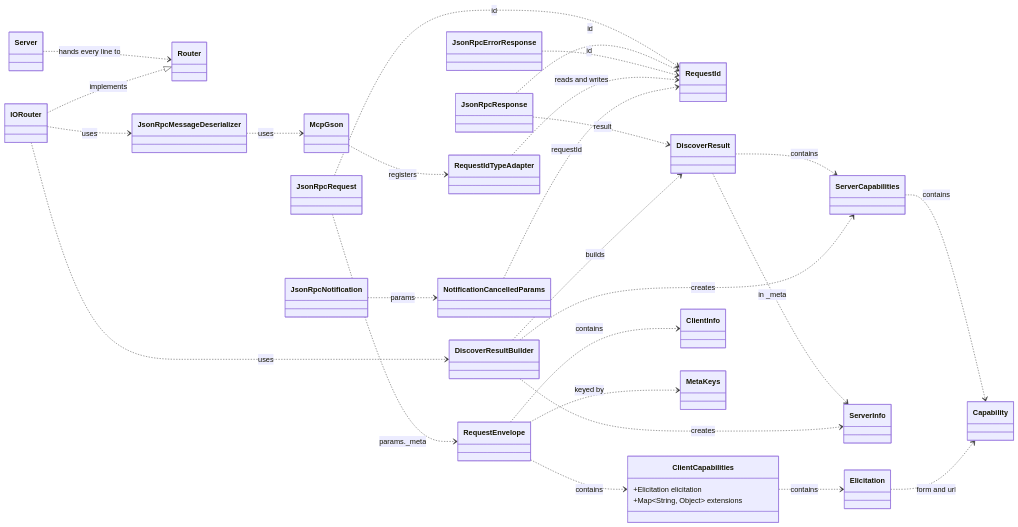
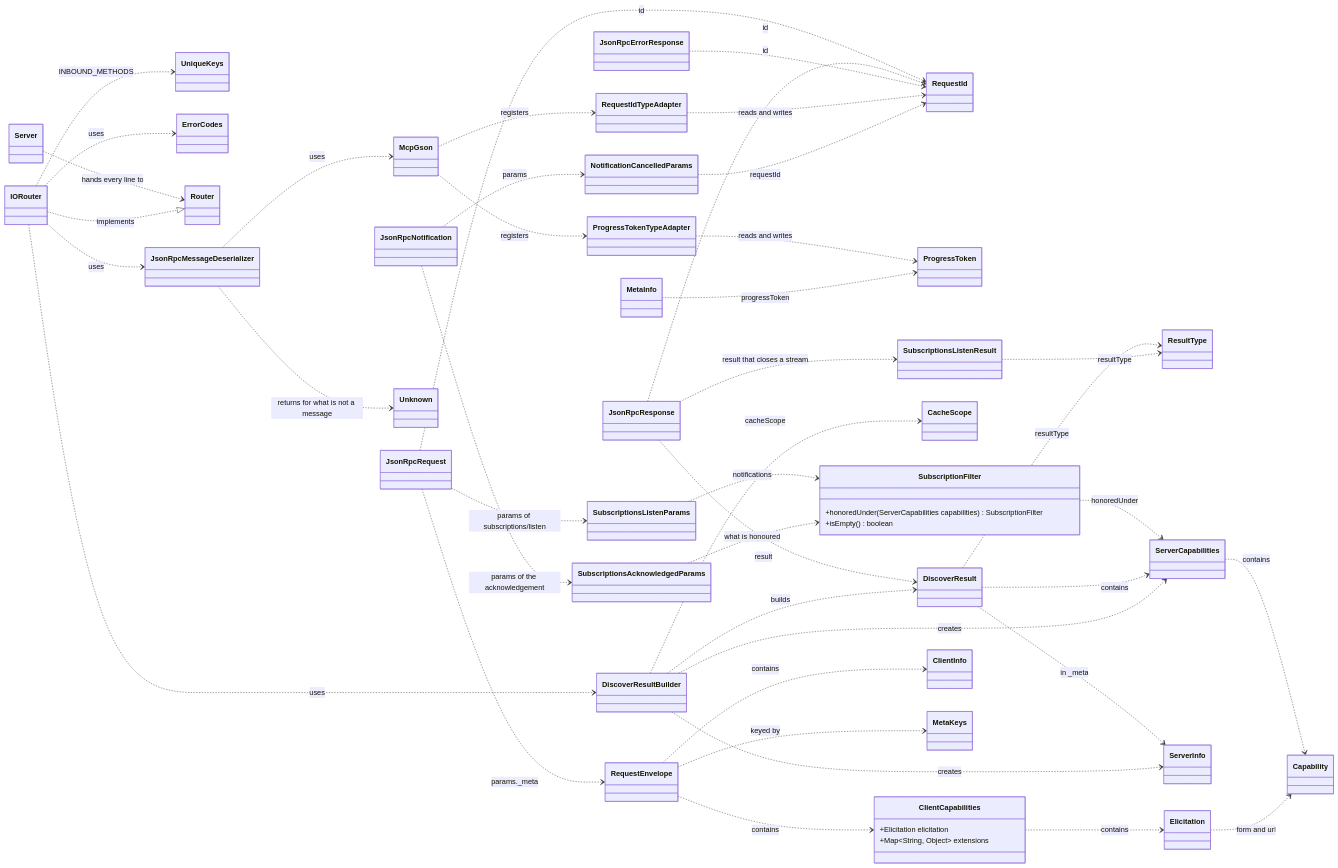
The diagram in lessons/03-class-diagram.md (David-Parry/agent-mcp-workshop), drawn with Mermaid before and after one commit. The commit also changed other lines of this file and 31 other files, not shown here.

```diff
--- a/lessons/03-class-diagram.md
+++ b/lessons/03-class-diagram.md
@@ -9,16 +11,31 @@
     class JsonRpcResponse
     class JsonRpcNotification
     class JsonRpcErrorResponse
+    class Unknown
 
-    %% Identity — an id is a string or a number
+    %% Identity — an id or a progress token is a string or a number
     class RequestId
     class RequestIdTypeAdapter
+    class ProgressToken
+    class ProgressTokenTypeAdapter
     class McpGson
 
     %% Core Protocol Classes
     class DiscoverResult
     class RequestEnvelope
     class NotificationCancelledParams
+    class MetaInfo
+    class ResultType
+    class CacheScope
+
+    %% Subscriptions
+    class SubscriptionsListenParams
+    class SubscriptionFilter {
+        +honoredUnder(ServerCapabilities capabilities) SubscriptionFilter
+        +isEmpty() boolean
+    }
+    class SubscriptionsAcknowledgedParams
+    class SubscriptionsListenResult
 
     %% Supporting Classes
     class ServerCapabilities
@@ -31,6 +48,8 @@
     class Capability
     class Elicitation
     class MetaKeys
+    class UniqueKeys
+    class ErrorCodes
 
     %% Server and related
     class Server
@@ -44,16 +63,29 @@
     JsonRpcResponse ..> RequestId : id
     JsonRpcErrorResponse ..> RequestId : id
     RequestIdTypeAdapter ..> RequestId : reads and writes
+    ProgressTokenTypeAdapter ..> ProgressToken : reads and writes
     McpGson ..> RequestIdTypeAdapter : registers
+    McpGson ..> ProgressTokenTypeAdapter : registers
+    MetaInfo ..> ProgressToken : progressToken
 
     JsonRpcRequest ..> RequestEnvelope : params._meta
+    JsonRpcRequest ..> SubscriptionsListenParams : params of subscriptions/listen
     JsonRpcResponse ..> DiscoverResult : result
+    JsonRpcResponse ..> SubscriptionsListenResult : result that closes a stream
 
     JsonRpcNotification ..> NotificationCancelledParams : params
+    JsonRpcNotification ..> SubscriptionsAcknowledgedParams : params of the acknowledgement
     NotificationCancelledParams ..> RequestId : requestId
+
+    SubscriptionsListenParams ..> SubscriptionFilter : notifications
+    SubscriptionsAcknowledgedParams ..> SubscriptionFilter : what is honoured
+    SubscriptionFilter ..> ServerCapabilities : honoredUnder
 
     DiscoverResult ..> ServerCapabilities : contains
     DiscoverResult ..> ServerInfo : in _meta
+    DiscoverResult ..> ResultType : resultType
+    SubscriptionsListenResult ..> ResultType : resultType
+    DiscoverResultBuilder ..> CacheScope : cacheScope
 
     RequestEnvelope ..> ClientCapabilities : contains
     RequestEnvelope ..> ClientInfo : contains
@@ -67,7 +99,10 @@
     IORouter ..|> Router : implements
     IORouter ..> JsonRpcMessageDeserializer : uses
     IORouter ..> DiscoverResultBuilder : uses
+    IORouter ..> UniqueKeys : INBOUND_METHODS
+    IORouter ..> ErrorCodes : uses
     JsonRpcMessageDeserializer ..> McpGson : uses
+    JsonRpcMessageDeserializer ..> Unknown : returns for what is not a message
 
     DiscoverResultBuilder ..> DiscoverResult : builds
     DiscoverResultBuilder ..> ServerCapabilities : creates
```
